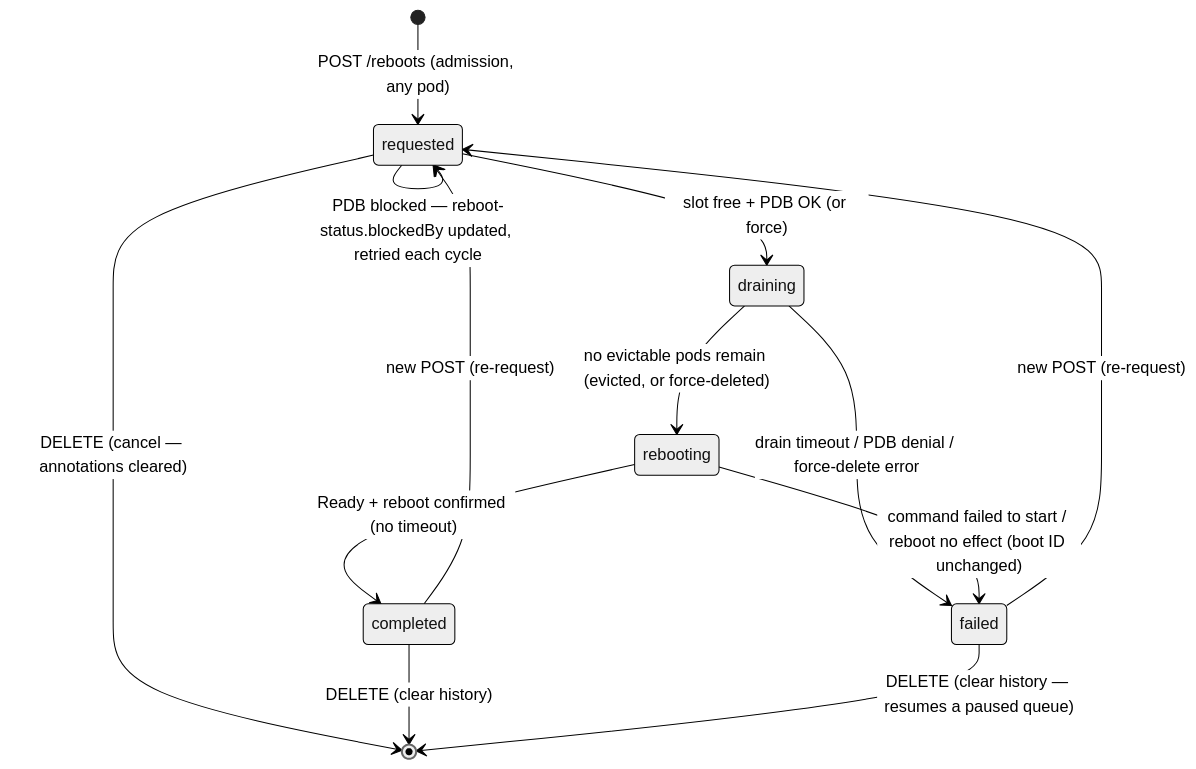
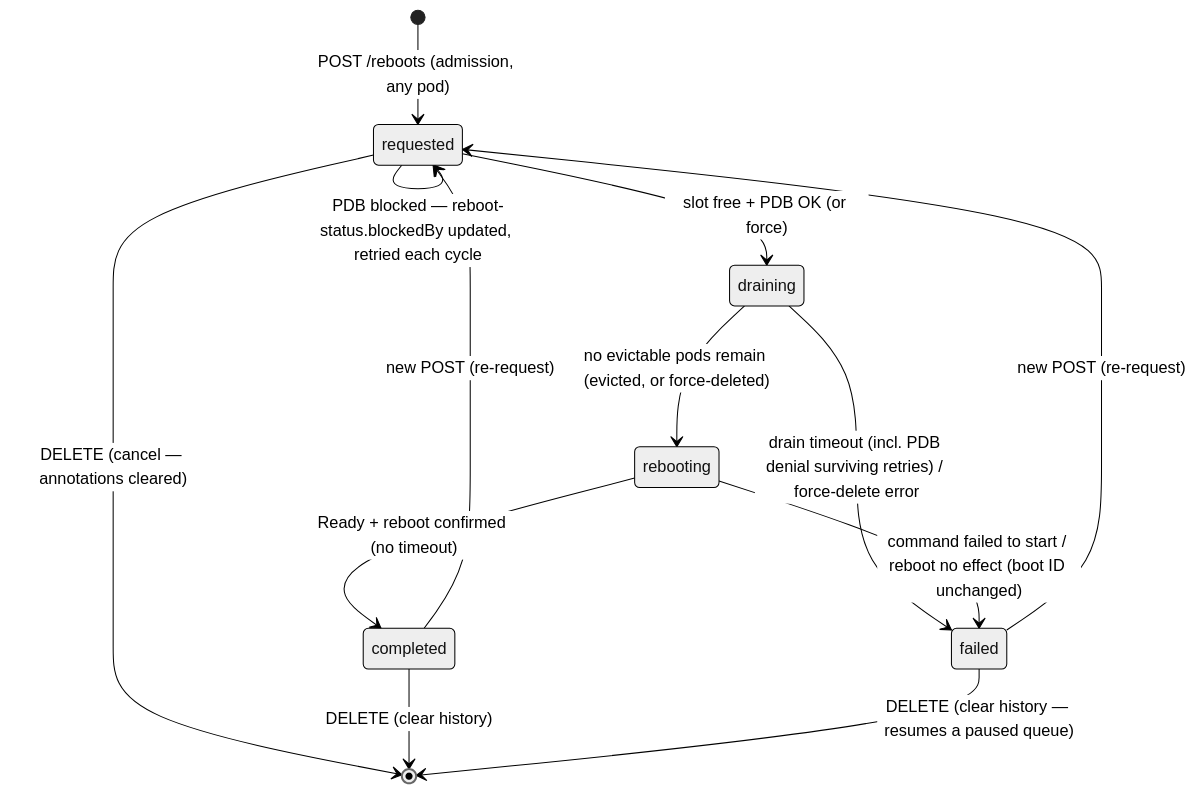
The diagram in PLAN.md (simplek8s/simplek8s-controller), drawn with Mermaid (neutral theme) before and after one commit. The commit also changed other lines of this file, not shown here.

````diff
--- a/PLAN.md
+++ b/PLAN.md
@@ -328,15 +328,15 @@
 ```mermaid
 stateDiagram-v2
     [*] --> requested: POST /reboots (admission, any pod)
     requested --> requested: PDB blocked — reboot-status.blockedBy updated, retried each cycle
     requested --> draining: slot free + PDB OK (or force)
     requested --> [*]: DELETE (cancel — annotations cleared)
     draining --> rebooting: no evictable pods remain (evicted, or force-deleted)
-    draining --> failed: drain timeout / PDB denial / force-delete error
+    draining --> failed: drain timeout (incl. PDB denial surviving retries) / force-delete error
     rebooting --> failed: command failed to start / reboot no effect (boot ID unchanged)
     rebooting --> completed: Ready + reboot confirmed (no timeout)
     completed --> [*]: DELETE (clear history)
     failed --> [*]: DELETE (clear history — resumes a paused queue)
     completed --> requested: new POST (re-request)
     failed --> requested: new POST (re-request)
 ```
````
